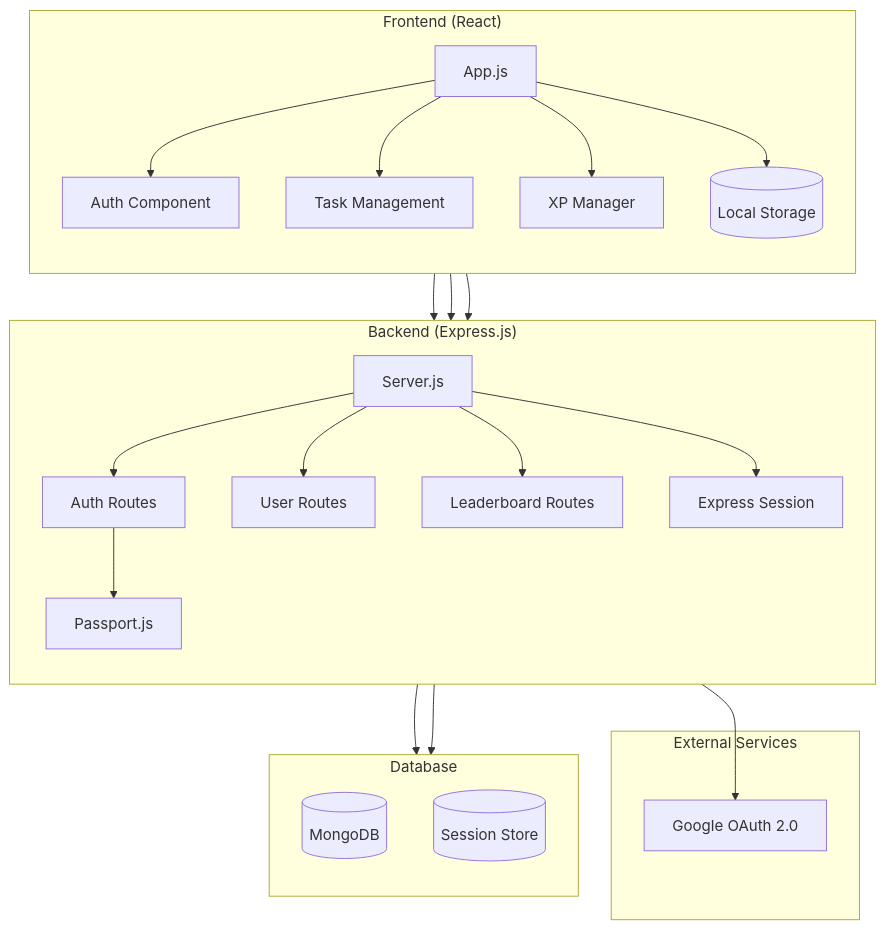
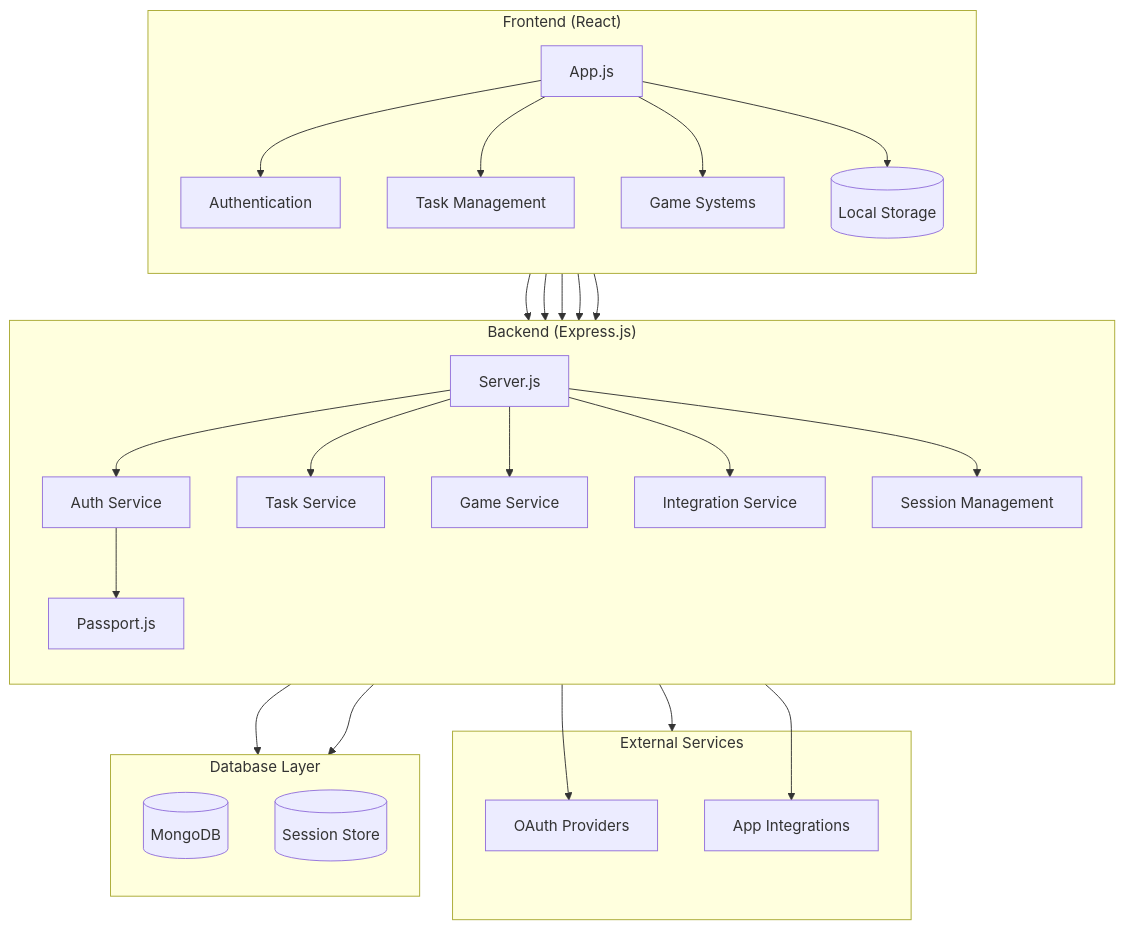
The diagram in README.md (hussaino03/QuestLog), drawn with Mermaid before and after one commit. The commit also changed other lines of this file and 5 other files, not shown here.

````diff
--- a/README.md
+++ b/README.md
@@ -63,50 +66,63 @@
 ```mermaid
 graph TB
     %% External Services Layer
     subgraph External["External Services"]
-        GoogleOAuth[Google OAuth 2.0]
+        OAuth[OAuth Providers]
+        AppIntegrations[App Integrations]
     end
 
     %% Frontend Layer
     subgraph Frontend["Frontend (React)"]
         direction TB
         App[App.js]
-        Auth[Auth Component]
-        Tasks[Task Management]
-        XP[XP Manager]
-        Store[(Local Storage)]
+        Auth[Authentication]
+        TaskManager[Task Management]
+        GameSystem[Game Systems]
+        ClientStore[(Local Storage)]
     end
 
     %% Backend Layer
     subgraph Backend["Backend (Express.js)"]
         direction TB
         Server[Server.js]
-        AuthRoutes[Auth Routes]
-        UserRoutes[User Routes]
-        LeaderboardRoutes[Leaderboard Routes]
+        AuthService[Auth Service]
+        TaskService[Task Service]
+        GameService[Game Service]
+        IntegrationService[Integration Service]
         Passport[Passport.js]
-        Session[Express Session]
+        Session[Session Management]
     end
 
     %% Database Layer
-    subgraph Database["Database"]
+    subgraph Database["Database Layer"]
         direction TB
         MongoDB[(MongoDB)]
-        Sessions[(Session Store)]
+        SessionStore[(Session Store)]
     end
 
-    %% Connections
-    Auth --> AuthRoutes
-    Tasks --> UserRoutes
-    XP --> UserRoutes
-    AuthRoutes --> GoogleOAuth
-    UserRoutes --> MongoDB
-    Session --> Sessions
+    %% Core Connections
+    Frontend --> Backend
+    Backend --> External
+    Backend --> Database
+
+    %% Detailed Connections
+    Auth --> AuthService
+    TaskManager --> TaskService
+    TaskManager --> IntegrationService
+    GameSystem --> GameService
+    AuthService --> OAuth
+    IntegrationService --> AppIntegrations
+    Session --> SessionStore
     
-    %% Internal Frontend Connections
-    App --> Auth & Tasks & XP & Store
+    %% Frontend Flow
+    App --> Auth & TaskManager & GameSystem & ClientStore
     
-    %% Internal Backend Connections
-    Server --> AuthRoutes & UserRoutes & LeaderboardRoutes & Session
-    AuthRoutes --> Passport
+    %% Backend Flow
+    Server --> AuthService & TaskService & GameService & IntegrationService & Session
+    AuthService --> Passport
+
+classDef frontend fill:#42b883,stroke:#333,stroke-width:2px
+classDef backend fill:#68a063,stroke:#333,stroke-width:2px
+classDef external fill:#f5a623,stroke:#333,stroke-width:2px
+classDef database fill:#4479a1,stroke:#333,stroke-width:2px
   ```
````
